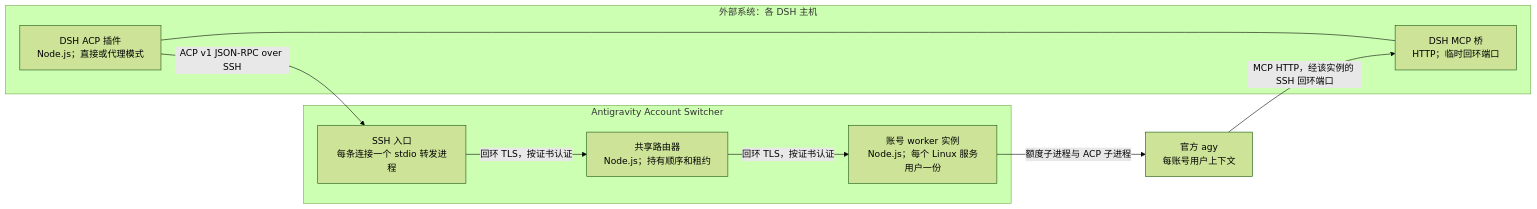
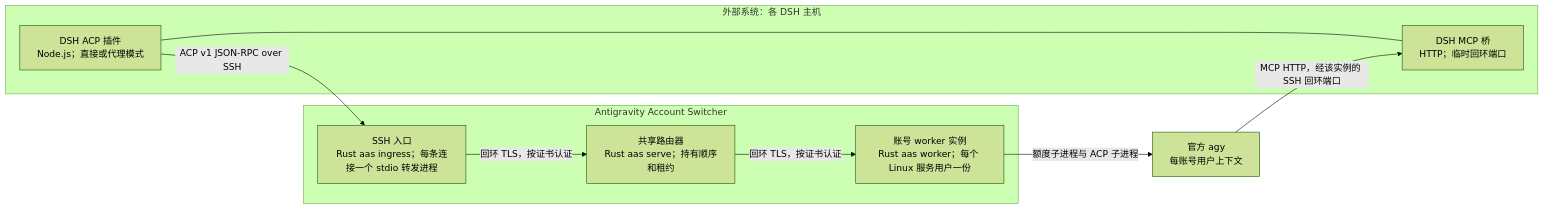
Before and after one commit to shirolabs67/AntigravityAccountSwitcher: the second of 6 diagrams in docs/ARCHITECTURE.md, drawn with Mermaid (forest theme). The commit also changed other lines of this file and 44 other files, not shown here.

````diff
--- a/docs/ARCHITECTURE.md
+++ b/docs/ARCHITECTURE.md
@@ -20,19 +20,19 @@
 ```mermaid
 flowchart LR
   subgraph D["外部系统：各 DSH 主机"]
     A["DSH ACP 插件<br/>Node.js；直接或代理模式"]
     B["DSH MCP 桥<br/>HTTP；临时回环端口"]
     A --- B
   end
   subgraph S["Antigravity Account Switcher"]
-    E["SSH 入口<br/>每条连接一个 stdio 转发进程"]
-    R["共享路由器<br/>Node.js；持有顺序和租约"]
-    W["账号 worker 实例<br/>Node.js；每个 Linux 服务用户一份"]
+    E["SSH 入口<br/>Rust aas ingress；每条连接一个 stdio 转发进程"]
+    R["共享路由器<br/>Rust aas serve；持有顺序和租约"]
+    W["账号 worker 实例<br/>Rust aas worker；每个 Linux 服务用户一份"]
     E -->|"回环 TLS，按证书认证"| R
     R -->|"回环 TLS，按证书认证"| W
   end
   C["官方 agy<br/>每账号用户上下文"]
   A -->|"ACP v1 JSON-RPC over SSH"| E
   W -->|"额度子进程与 ACP 子进程"| C
   C -->|"MCP HTTP，经该实例的 SSH 回环端口"| B
 ```
````
